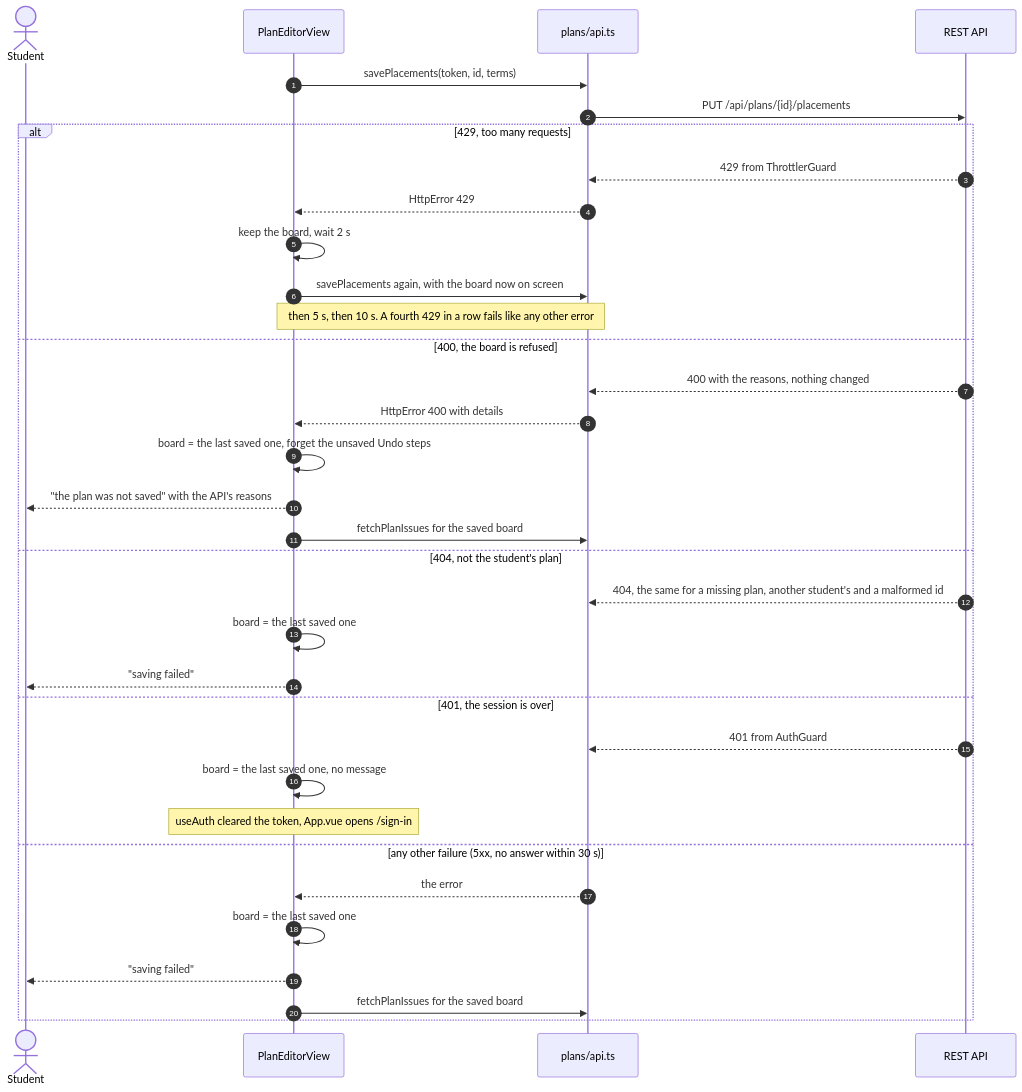
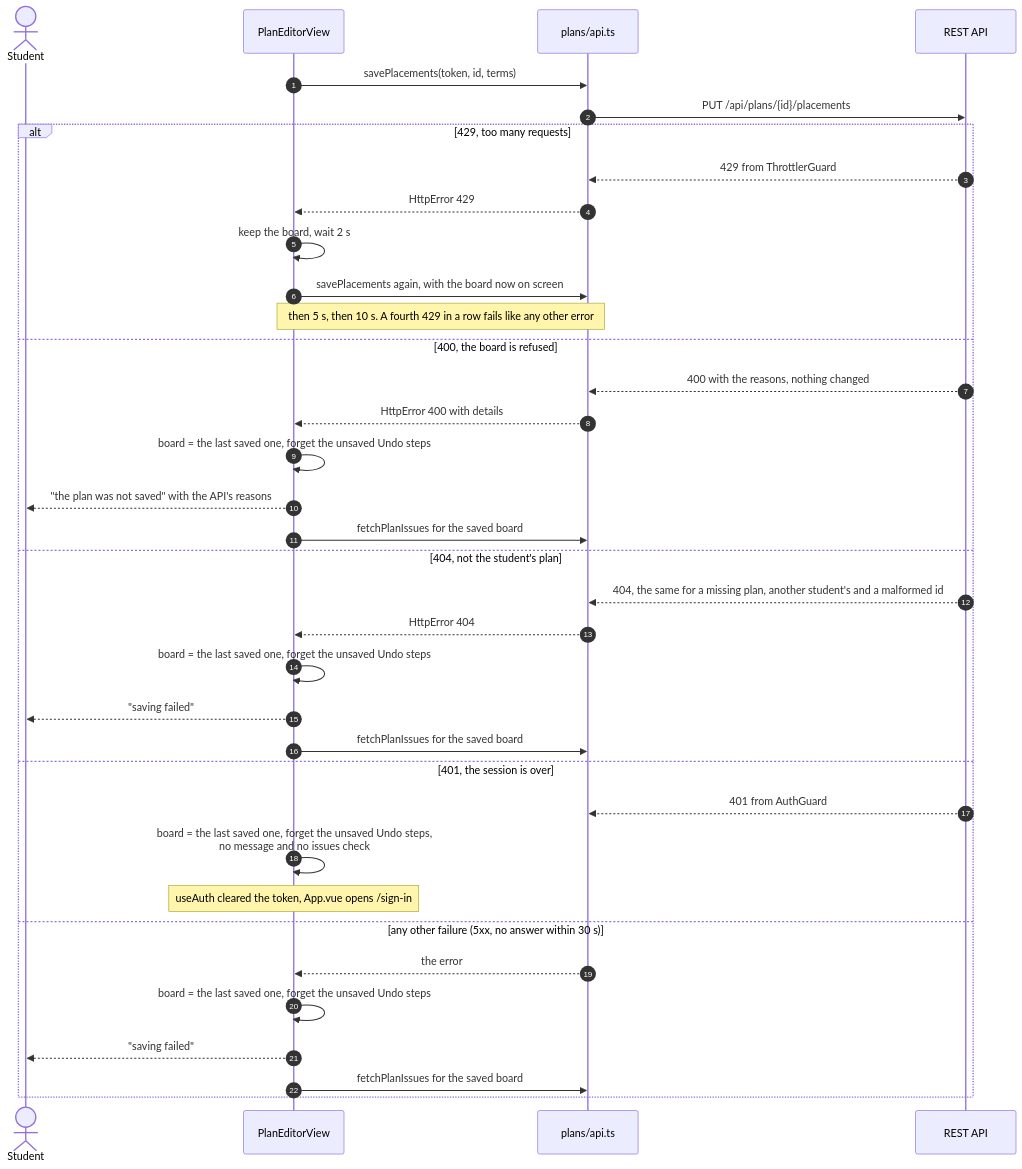
The fourth of 4 diagrams in docs/analysis-and-design/sequence-diagrams/UC-05-build-and-edit-a-plan.md (LLaammTTeerr/omnicourses), drawn with Mermaid before and after one commit. The commit also changed 3 other files, not shown here.

````diff
--- a/docs/analysis-and-design/sequence-diagrams/UC-05-build-and-edit-a-plan.md
+++ b/docs/analysis-and-design/sequence-diagrams/UC-05-build-and-edit-a-plan.md
@@ -172,37 +172,39 @@
 ```mermaid
 sequenceDiagram
     autonumber
     actor Student
     participant Editor as PlanEditorView
     participant Api as plans/api.ts
     participant API as REST API
 
     Editor->>Api: savePlacements(token, id, terms)
     Api->>API: PUT /api/plans/{id}/placements
     alt 429, too many requests
         API-->>Api: 429 from ThrottlerGuard
         Api-->>Editor: HttpError 429
         Editor->>Editor: keep the board, wait 2 s
         Editor->>Api: savePlacements again, with the board now on screen
         Note over Editor,Api: then 5 s, then 10 s. A fourth 429 in a row fails like any other error
     else 400, the board is refused
         API-->>Api: 400 with the reasons, nothing changed
         Api-->>Editor: HttpError 400 with details
         Editor->>Editor: board = the last saved one, forget the unsaved Undo steps
         Editor-->>Student: "the plan was not saved" with the API's reasons
         Editor->>Api: fetchPlanIssues for the saved board
     else 404, not the student's plan
         API-->>Api: 404, the same for a missing plan, another student's and a malformed id
-        Editor->>Editor: board = the last saved one
+        Api-->>Editor: HttpError 404
+        Editor->>Editor: board = the last saved one, forget the unsaved Undo steps
         Editor-->>Student: "saving failed"
+        Editor->>Api: fetchPlanIssues for the saved board
     else 401, the session is over
         API-->>Api: 401 from AuthGuard
-        Editor->>Editor: board = the last saved one, no message
+        Editor->>Editor: board = the last saved one, forget the unsaved Undo steps,<br/>no message and no issues check
         Note over Editor: useAuth cleared the token, App.vue opens /sign-in
     else any other failure (5xx, no answer within 30 s)
         Api-->>Editor: the error
-        Editor->>Editor: board = the last saved one
+        Editor->>Editor: board = the last saved one, forget the unsaved Undo steps
         Editor-->>Student: "saving failed"
         Editor->>Api: fetchPlanIssues for the saved board
     end
 ```
````
